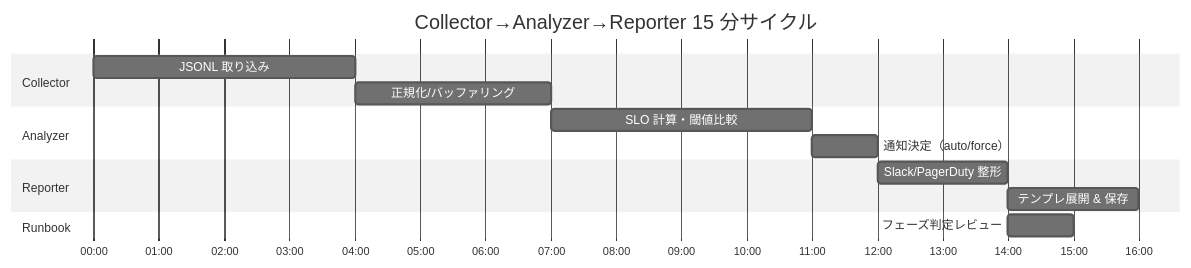
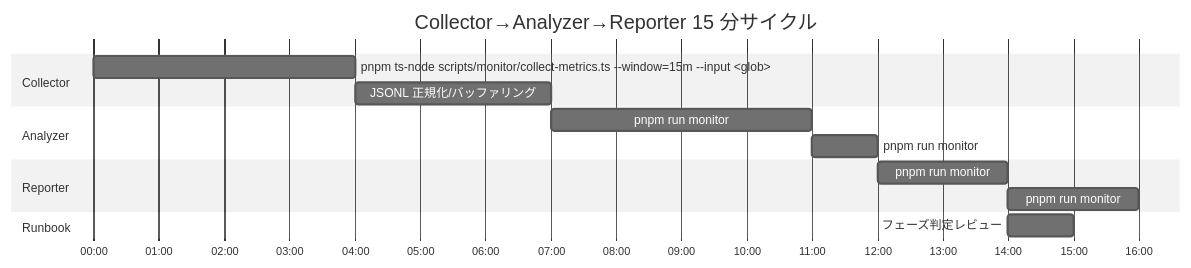
Before and after one commit to RNA4219/Conimgponic: the sixth of 6 diagrams in docs/IMPLEMENTATION-PLAN.md, drawn with Mermaid (neutral theme). The commit also changed other lines of this file and 1 other file, not shown here.

Commit message:
Document rollout phase template alignment

````diff
--- a/docs/IMPLEMENTATION-PLAN.md
+++ b/docs/IMPLEMENTATION-PLAN.md
@@ -185,17 +185,17 @@
 ```mermaid
 gantt
     title Collector→Analyzer→Reporter 15 分サイクル
     dateFormat  mm:ss
     axisFormat  %M:%S
     section Collector
-    JSONL 取り込み           :a1, 00:00, 4m
-    正規化/バッファリング    :a2, after a1, 3m
+    pnpm ts-node scripts/monitor/collect-metrics.ts --window=15m --input <glob> :a1, 00:00, 4m
+    JSONL 正規化/バッファリング                    :a2, after a1, 3m
     section Analyzer
-    SLO 計算・閾値比較       :b1, 07:00, 4m
-    通知決定（auto/force）   :b2, after b1, 1m
+    pnpm run monitor:analyze --input <normalized.jsonl> :b1, 07:00, 4m
+    pnpm run monitor:score --phase <phase>             :b2, after b1, 1m
     section Reporter
-    Slack/PagerDuty 整形     :c1, 12:00, 2m
-    テンプレ展開 & 保存      :c2, after c1, 2m
+    pnpm run monitor:report --phase <phase> --window=15m :c1, 12:00, 2m
+    pnpm run monitor:notify --phase <phase>             :c2, after c1, 2m
     section Runbook
     フェーズ判定レビュー     :d1, 14:00, 1m
 ```
````
